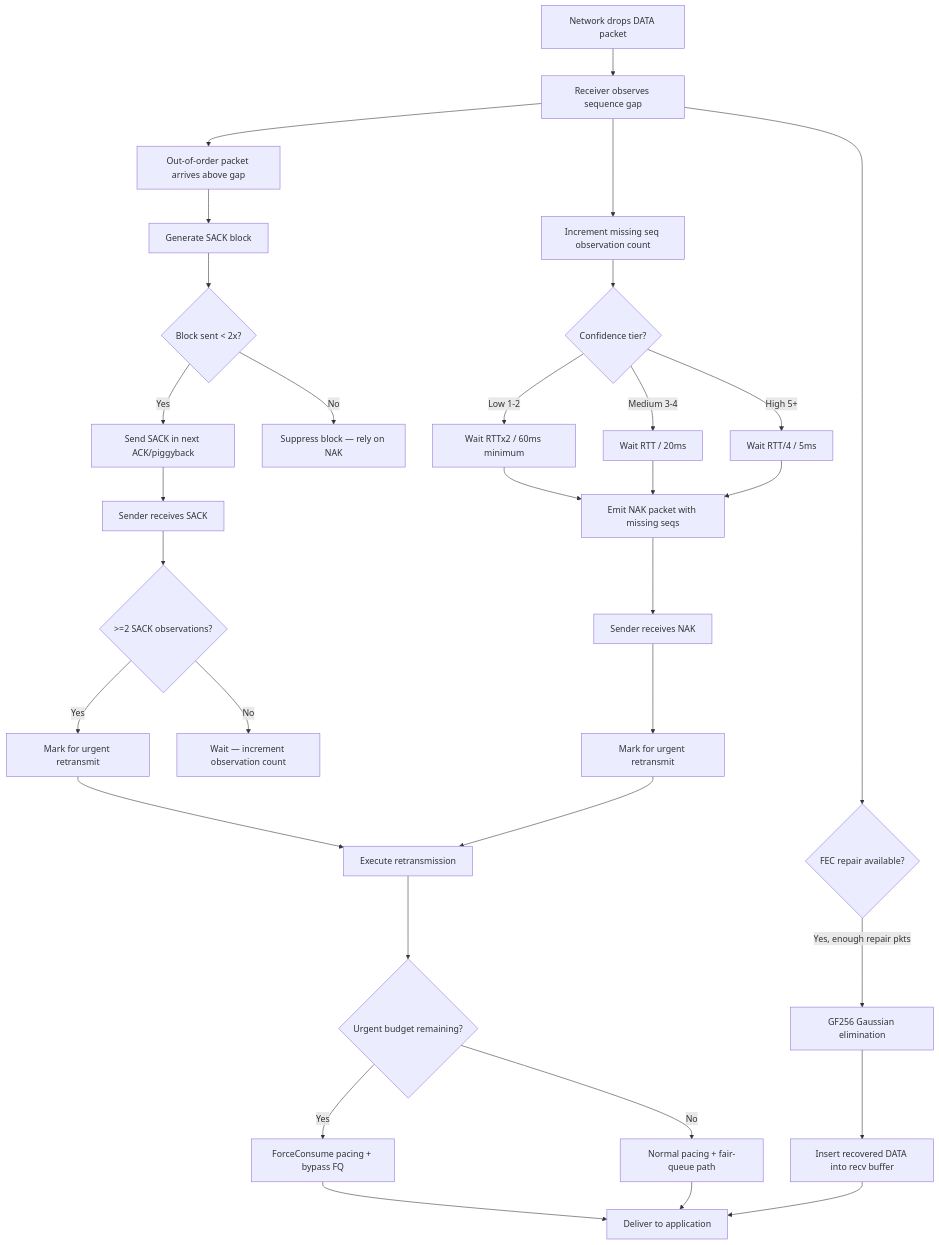
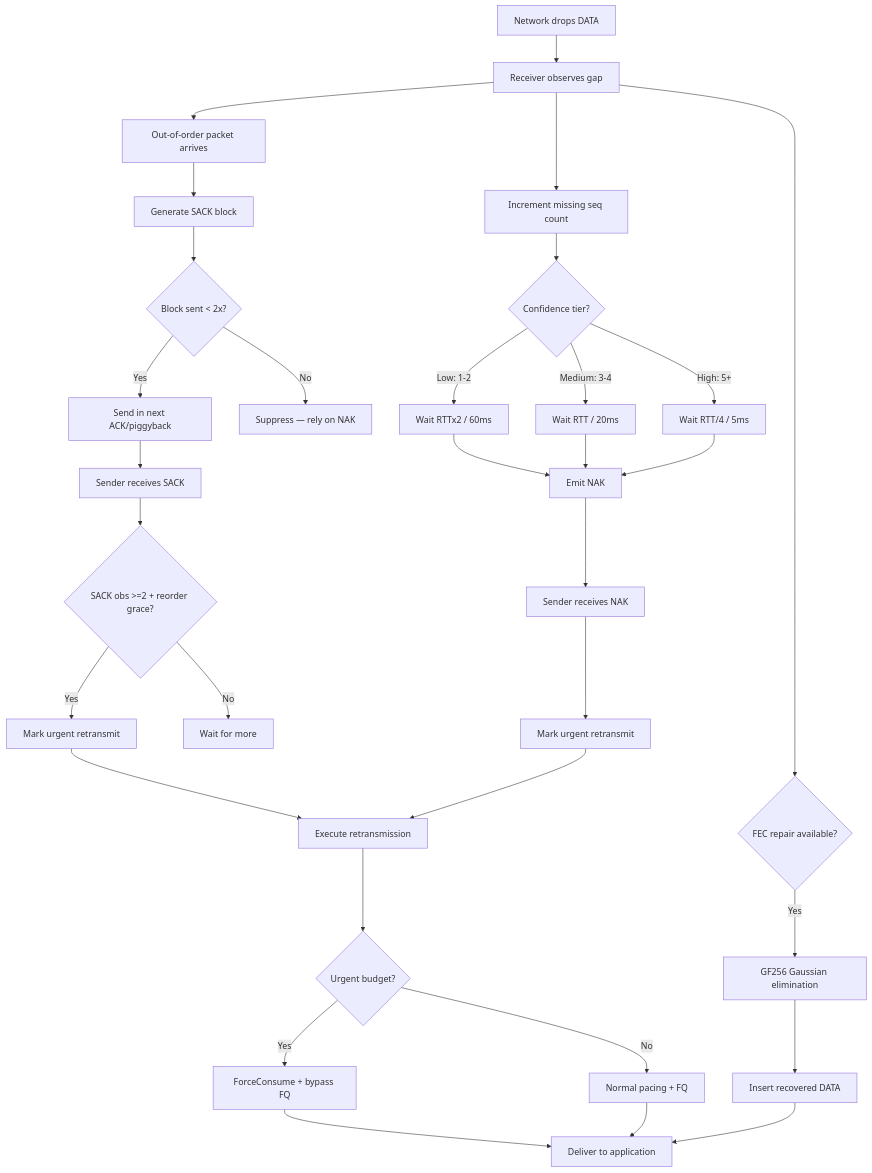
Before and after one commit to liulilittle/ucp: the sixth of 10 diagrams in README.md, drawn with Mermaid. The commit also changed other lines of this file and 43 other files, not shown here.

````diff
--- a/README.md
+++ b/README.md
@@ -423,42 +287,42 @@
 ```mermaid
 flowchart TD
-    Drop[Network drops DATA packet] --> Gap[Receiver observes sequence gap]
-
-    Gap --> OutOfOrder[Out-of-order packet arrives above gap]
-    OutOfOrder --> SackGen[Generate SACK block]
-    SackGen --> SackLimit{Block sent < 2x?}
-    SackLimit -->|Yes| SackSend[Send SACK in next ACK/piggyback]
-    SackLimit -->|No| SackSuppress[Suppress block — rely on NAK]
-
-    SackSend --> SackRecv[Sender receives SACK]
-    SackRecv --> SackEval{>=2 SACK observations?}
-    SackEval -->|Yes| SackRepair[Mark for urgent retransmit]
-    SackEval -->|No| SackWait[Wait — increment observation count]
-
-    Gap --> ObsCount[Increment missing seq observation count]
-    ObsCount --> NakTier{Confidence tier?}
-    NakTier -->|Low 1-2| NakGuard1[Wait RTTx2 / 60ms minimum]
-    NakTier -->|Medium 3-4| NakGuard2[Wait RTT / 20ms]
-    NakTier -->|High 5+| NakGuard3[Wait RTT/4 / 5ms]
-    NakGuard1 --> NakEmit[Emit NAK packet with missing seqs]
+    Drop["Network drops DATA"] --> Gap["Receiver observes gap"]
+    
+    Gap --> OutOfOrder["Out-of-order packet arrives"]
+    OutOfOrder --> SackGen["Generate SACK block"]
+    SackGen --> SackLimit{"Block sent < 2x?"}
+    SackLimit -->|"Yes"| SackSend["Send in next ACK/piggyback"]
+    SackLimit -->|"No"| SackSuppress["Suppress — rely on NAK"]
+    
+    SackSend --> SackRecv["Sender receives SACK"]
+    SackRecv --> SackEval{"SACK obs >=2 + reorder grace?"}
+    SackEval -->|"Yes"| SackRepair["Mark urgent retransmit"]
+    SackEval -->|"No"| SackWait["Wait for more"]
+    
+    Gap --> ObsCount["Increment missing seq count"]
+    ObsCount --> NakTier{"Confidence tier?"}
+    NakTier -->|"Low: 1-2"| NakGuard1["Wait RTTx2 / 60ms"]
+    NakTier -->|"Medium: 3-4"| NakGuard2["Wait RTT / 20ms"]
+    NakTier -->|"High: 5+"| NakGuard3["Wait RTT/4 / 5ms"]
+    NakGuard1 --> NakEmit["Emit NAK"]
     NakGuard2 --> NakEmit
     NakGuard3 --> NakEmit
-
-    NakEmit --> NakRecv[Sender receives NAK]
-    NakRecv --> NakRepair[Mark for urgent retransmit]
-
-    Gap --> FecCheck{FEC repair available?}
-    FecCheck -->|Yes, enough repair pkts| FecRepair[GF256 Gaussian elimination]
-    FecRepair --> Insert[Insert recovered DATA into recv buffer]
-
-    SackRepair --> Repair[Execute retransmission]
+    
+    NakEmit --> NakRecv["Sender receives NAK"]
+    NakRecv --> NakRepair["Mark urgent retransmit"]
+    
+    Gap --> FecCheck{"FEC repair available?"}
+    FecCheck -->|"Yes"| FecRepair["GF256 Gaussian elimination"]
+    FecRepair --> Insert["Insert recovered DATA"]
+    
+    SackRepair --> Repair["Execute retransmission"]
     NakRepair --> Repair
-
-    Repair --> Urgent{Urgent budget remaining?}
-    Urgent -->|Yes| ForceSend[ForceConsume pacing + bypass FQ]
-    Urgent -->|No| NormalSend[Normal pacing + fair-queue path]
-
-    ForceSend --> Deliver[Deliver to application]
+    
+    Repair --> Urgent{"Urgent budget?"}
+    Urgent -->|"Yes"| ForceSend["ForceConsume + bypass FQ"]
+    Urgent -->|"No"| NormalSend["Normal pacing + FQ"]
+    
+    ForceSend --> Deliver["Deliver to application"]
     NormalSend --> Deliver
     Insert --> Deliver
 ```
````
